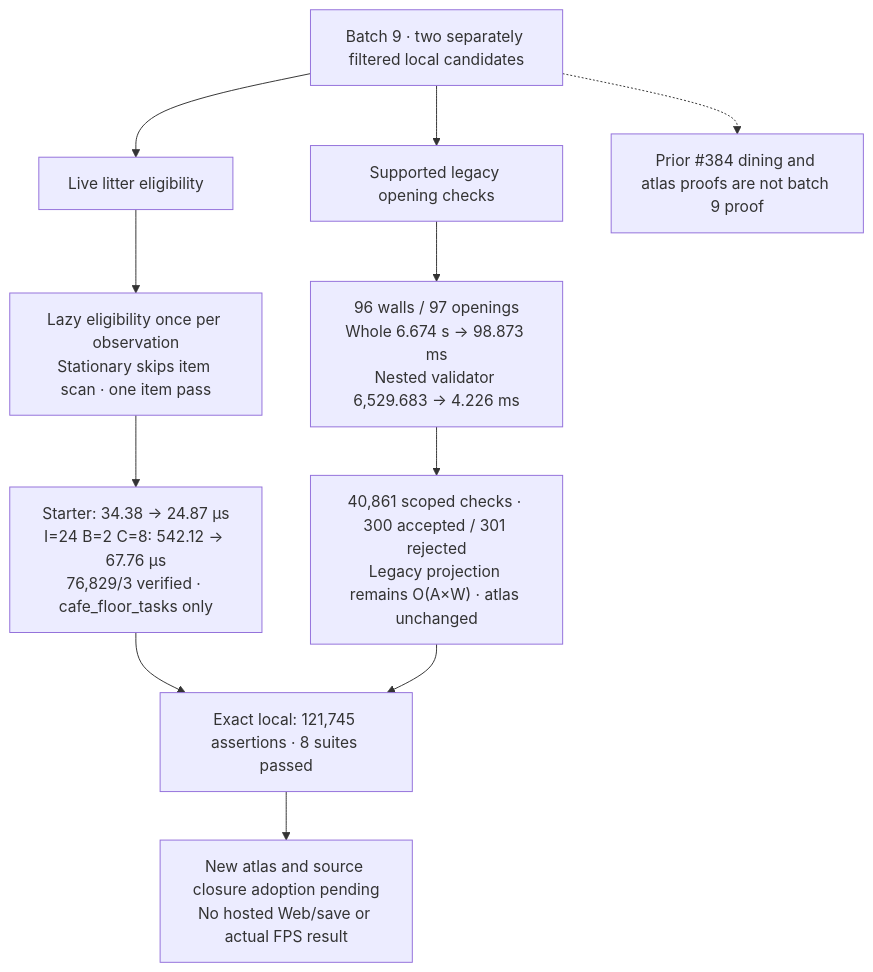
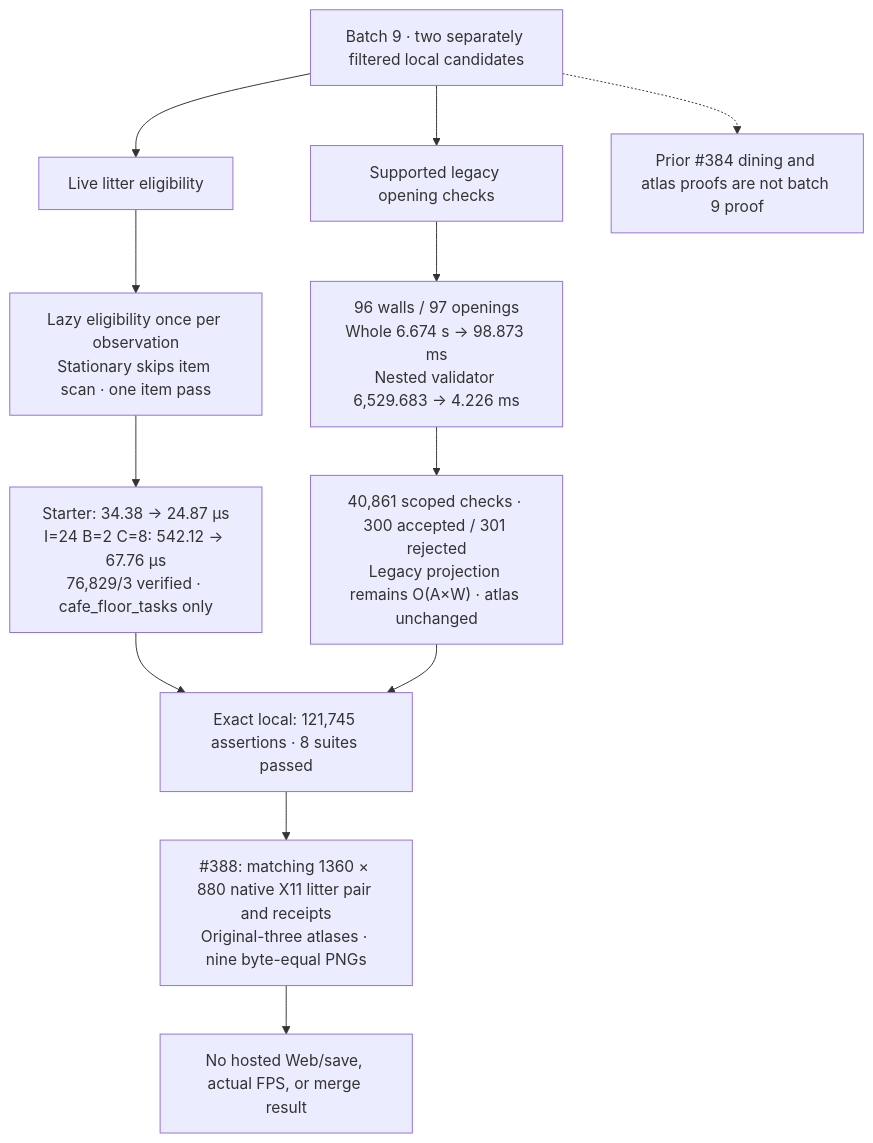
Before and after one commit to yiyousiow000814/little-leaf: the diagram in docs/development/scaling-hotpaths-9/scaling-hotpaths-9.mmd, drawn with Mermaid. The commit also changed 4 other files, not shown here.

Commit message:
test: bind native litter and original atlas parity

```diff
--- a/docs/development/scaling-hotpaths-9/scaling-hotpaths-9.mmd
+++ b/docs/development/scaling-hotpaths-9/scaling-hotpaths-9.mmd
@@ -1,11 +1,12 @@
 flowchart TD
     BASE["Batch 9 · two separately filtered local candidates"] --> L["Live litter eligibility"]
     BASE --> W["Supported legacy opening checks"]
     L --> LC["Lazy eligibility once per observation<br/>Stationary skips item scan · one item pass"]
     W --> WC["96 walls / 97 openings<br/>Whole 6.674 s → 98.873 ms<br/>Nested validator 6,529.683 → 4.226 ms"]
     LC --> LT["Starter: 34.38 → 24.87 μs<br/>I=24 B=2 C=8: 542.12 → 67.76 μs<br/>76,829/3 verified · cafe_floor_tasks only"]
     WC --> WT["40,861 scoped checks · 300 accepted / 301 rejected<br/>Legacy projection remains O(A×W) · atlas unchanged"]
     LT --> Q["Exact local: 121,745 assertions · 8 suites passed"]
     WT --> Q
-    Q --> R["New atlas and source closure adoption pending<br/>No hosted Web/save or actual FPS result"]
+    Q --> V["#388: matching 1360 × 880 native X11 litter pair and receipts<br/>Original-three atlases · nine byte-equal PNGs"]
+    V --> R["No hosted Web/save, actual FPS, or merge result"]
     BASE -.-> H["Prior #384 dining and atlas proofs are not batch 9 proof"]
```
